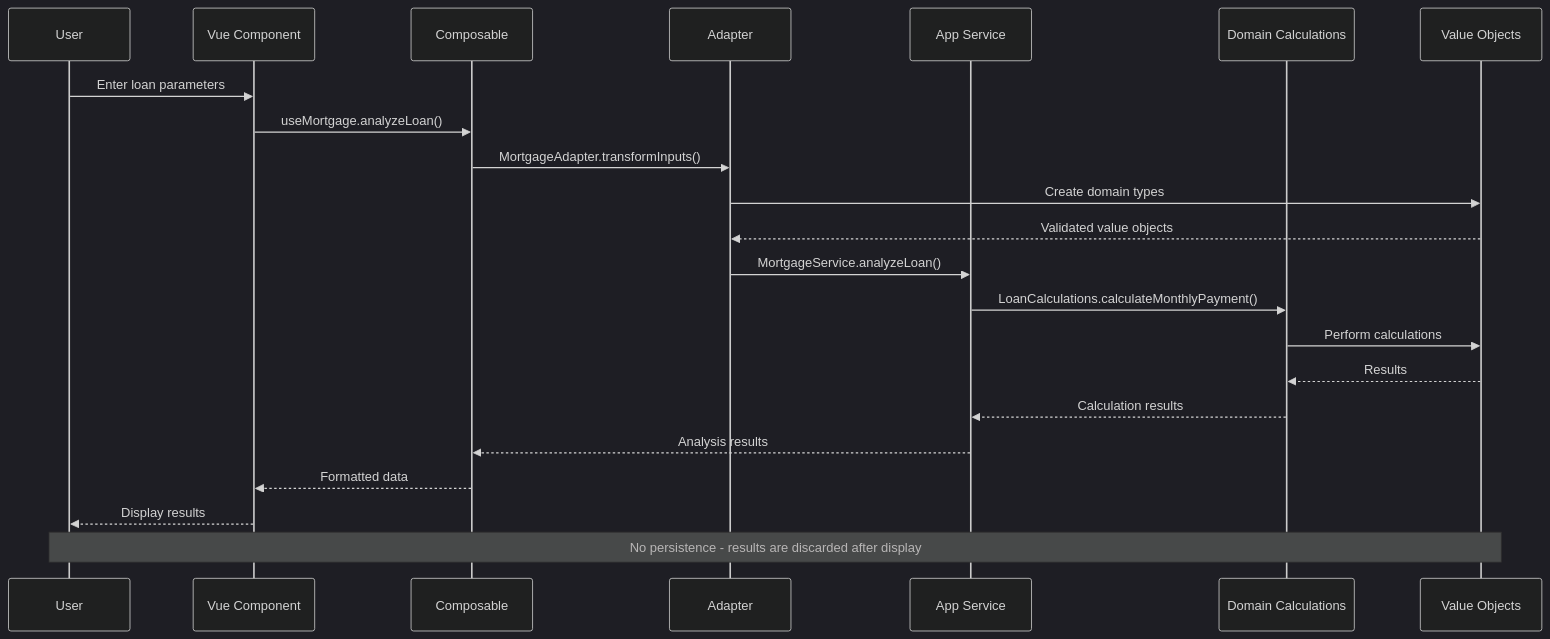
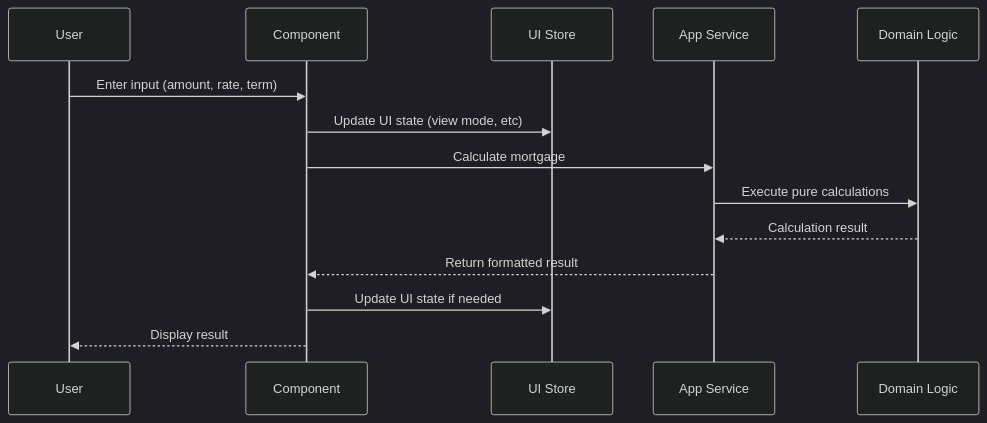
Before and after one commit to AleksejDix/grundstein: the second of 3 diagrams in docs/ARCHITECTURE.md, drawn with Mermaid (dark theme). The commit also changed other lines of this file and 14 other files, not shown here.

````diff
--- a/docs/ARCHITECTURE.md
+++ b/docs/ARCHITECTURE.md
@@ -250,26 +60,17 @@
 ```mermaid
 sequenceDiagram
     participant U as User
-    participant V as Vue Component
-    participant C as Composable
-    participant A as Adapter
-    participant S as App Service
-    participant D as Domain Calculations
-    participant VO as Value Objects
+    participant C as Component
+    participant S as UI Store
+    participant A as App Service
+    participant D as Domain Logic
 
-    U->>V: Enter loan parameters
-    V->>C: useMortgage.analyzeLoan()
-    C->>A: MortgageAdapter.transformInputs()
-    A->>VO: Create domain types
-    VO-->>A: Validated value objects
-    A->>S: MortgageService.analyzeLoan()
-    S->>D: LoanCalculations.calculateMonthlyPayment()
-    D->>VO: Perform calculations
-    VO-->>D: Results
-    D-->>S: Calculation results
-    S-->>C: Analysis results
-    C-->>V: Formatted data
-    V-->>U: Display results
-
-    Note over U,VO: No persistence - results are discarded after display
+    U->>C: Enter input (amount, rate, term)
+    C->>S: Update UI state (view mode, etc)
+    C->>A: Calculate mortgage
+    A->>D: Execute pure calculations
+    D-->>A: Calculation result
+    A-->>C: Return formatted result
+    C->>S: Update UI state if needed
+    C-->>U: Display result
 ```
````
